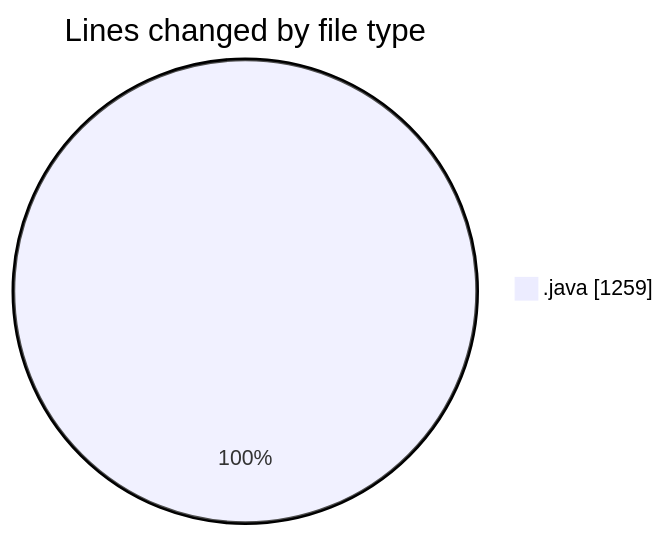
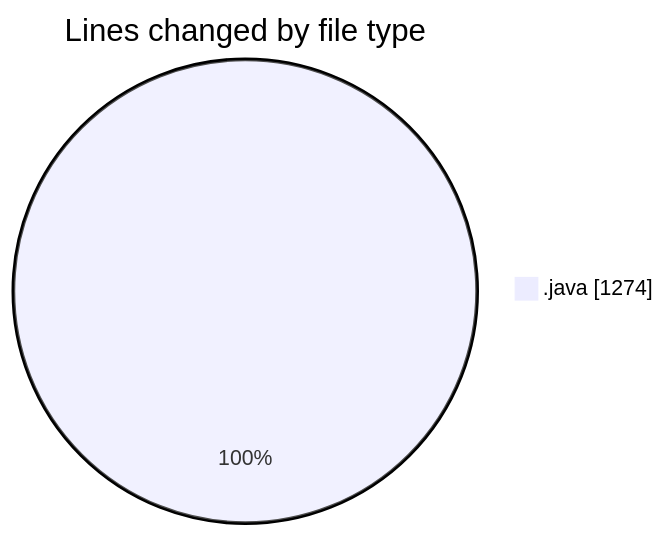
Before and after one commit to Elitesun/code-tracking: the first of 2 diagrams in 2025-02-20/projet/README.md, drawn with Mermaid. The commit also changed other lines of this file and 1 other file, not shown here.

````diff
--- a/2025-02-20/projet/README.md
+++ b/2025-02-20/projet/README.md
@@ -25,5 +25,5 @@
 ```mermaid
 pie showData
 title Lines changed by file type
-".java" : 1259
+".java" : 1274
 ```
````
